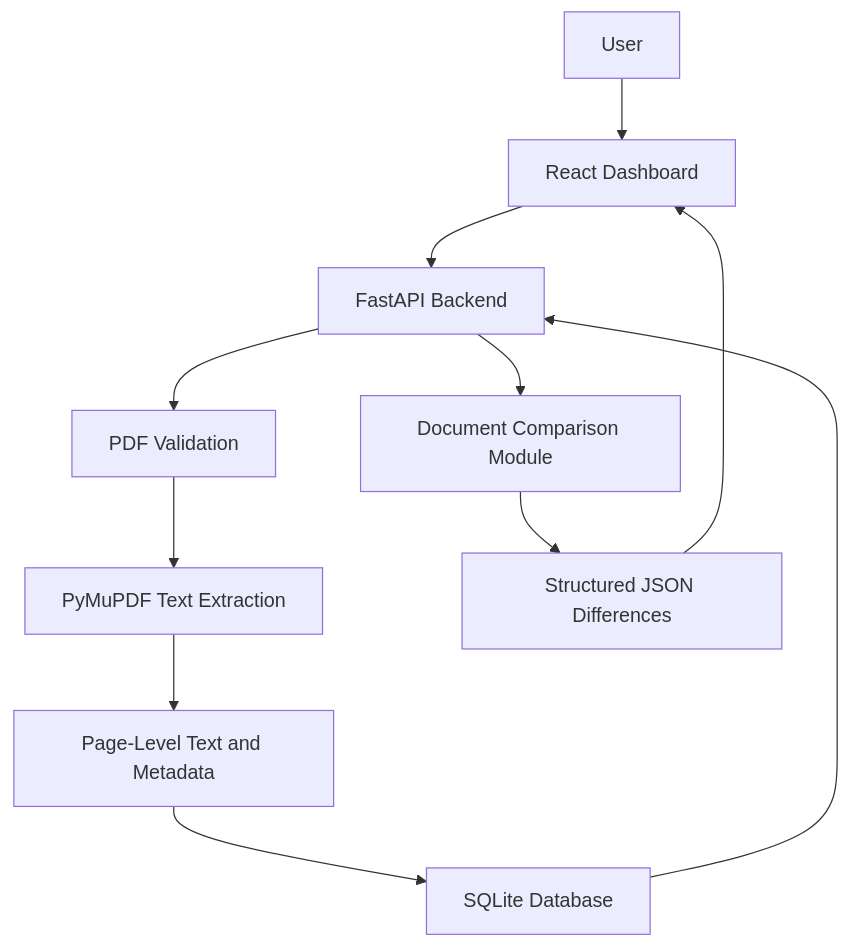
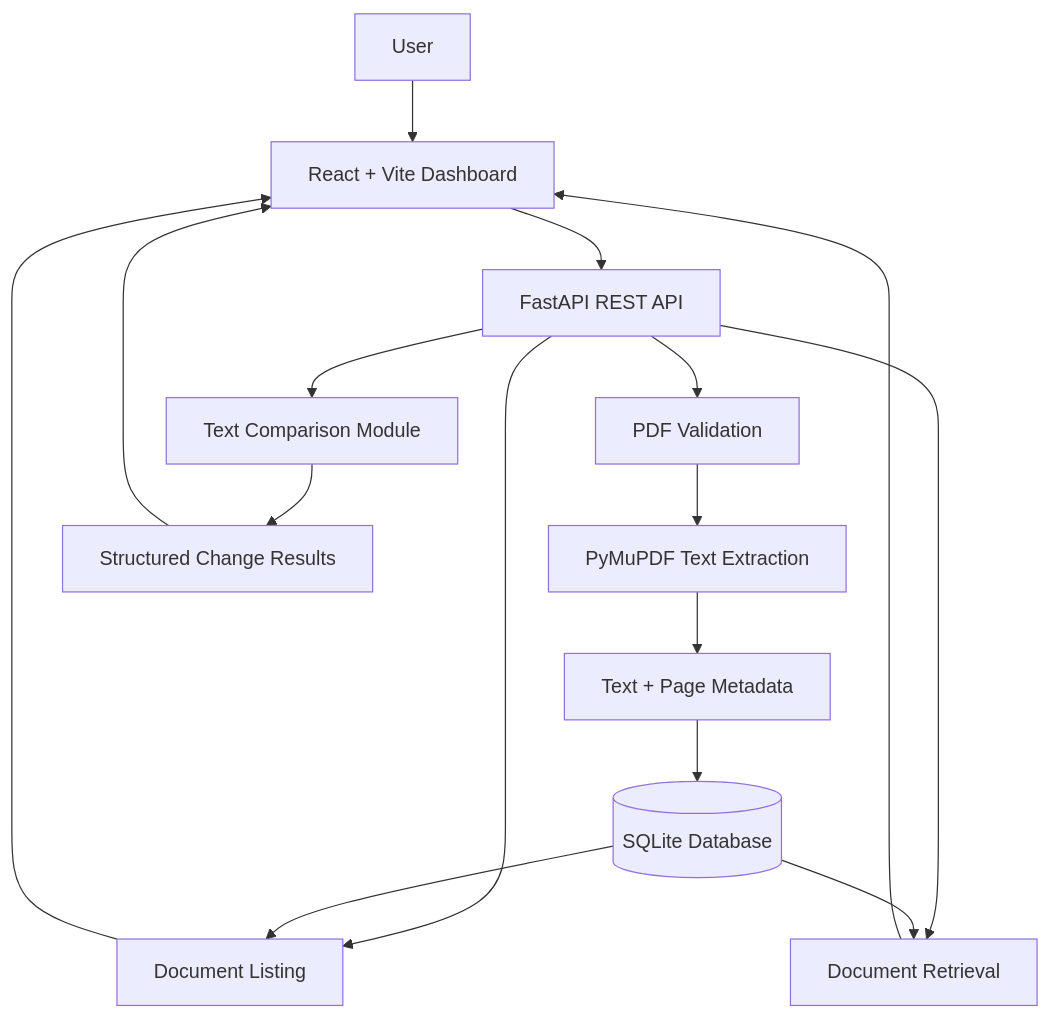
Before and after one commit to rajshreesinha-23/regulalens-ai: the first of 4 diagrams in README.md, drawn with Mermaid. The commit also changed other lines of this file, not shown here.

````diff
--- a/README.md
+++ b/README.md
@@ -117,13 +123,22 @@
 ```mermaid
 flowchart TD
-    A[User] --> B[React Dashboard]
-    B --> C[FastAPI Backend]
-    C --> D[PDF Validation]
-    D --> E[PyMuPDF Text Extraction]
-    E --> F[Page-Level Text and Metadata]
-    F --> G[SQLite Database]
-    C --> H[Document Comparison Module]
-    H --> I[Structured JSON Differences]
-    G --> C
-    I --> B
+    U[User] --> F[React + Vite Dashboard]
+    F --> API[FastAPI REST API]
+
+    API --> VAL[PDF Validation]
+    VAL --> EXT[PyMuPDF Text Extraction]
+    EXT --> META[Text + Page Metadata]
+    META --> DB[(SQLite Database)]
+
+    API --> LIST[Document Listing]
+    API --> GET[Document Retrieval]
+    DB --> LIST
+    DB --> GET
+
+    API --> CMP[Text Comparison Module]
+    CMP --> DIFF[Structured Change Results]
+
+    LIST --> F
+    GET --> F
+    DIFF --> F
 ```
````
